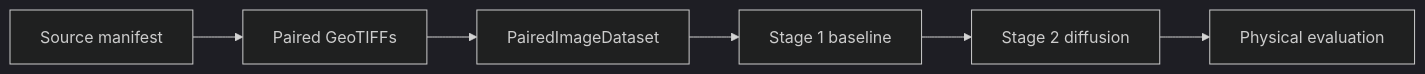
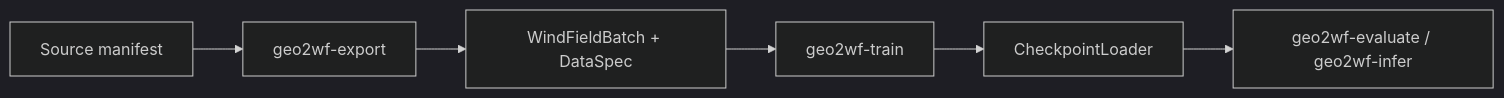
Before and after one commit to simon-donike/geo2wf: the diagram in docs/getting-started/index.md, drawn with Mermaid (dark theme). The commit also changed other lines of this file and 115 other files, not shown here.

````diff
--- a/docs/getting-started/index.md
+++ b/docs/getting-started/index.md
@@ -5,8 +6,8 @@
 ```mermaid
 flowchart LR
-  A[Source manifest] --> B[Paired GeoTIFFs]
-  B --> C[PairedImageDataset]
-  C --> D[Stage 1 baseline]
-  D --> E[Stage 2 diffusion]
-  E --> F[Physical evaluation]
+  A[Source manifest] --> B[geo2wf-export]
+  B --> C[WindFieldBatch + DataSpec]
+  C --> D[geo2wf-train]
+  D --> E[CheckpointLoader]
+  E --> F[geo2wf-evaluate / geo2wf-infer]
 ```
````
